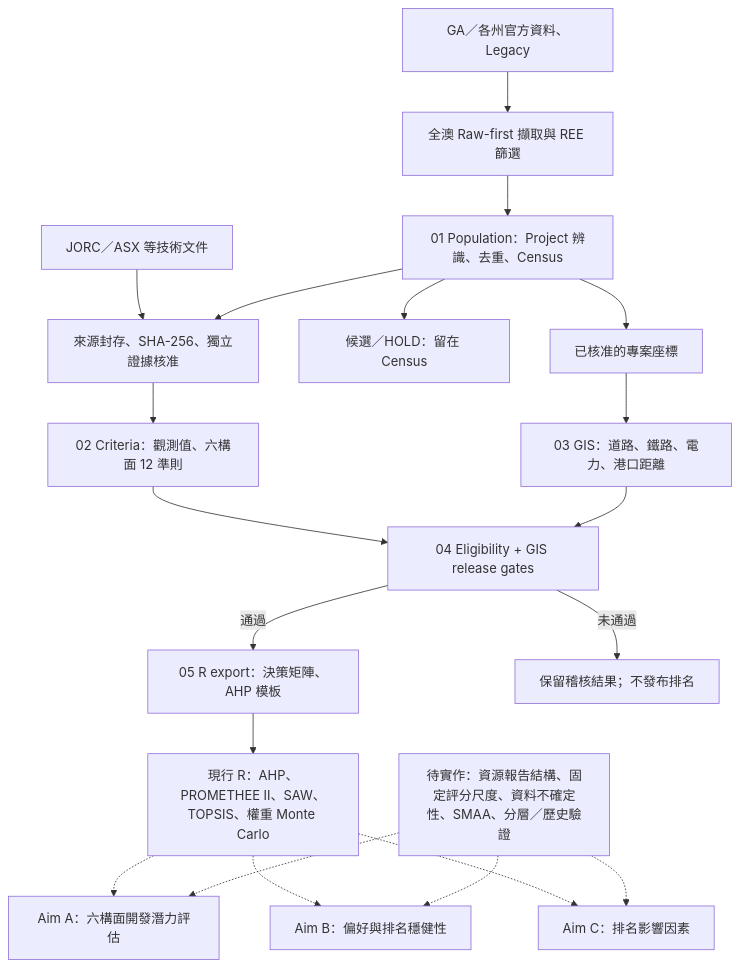
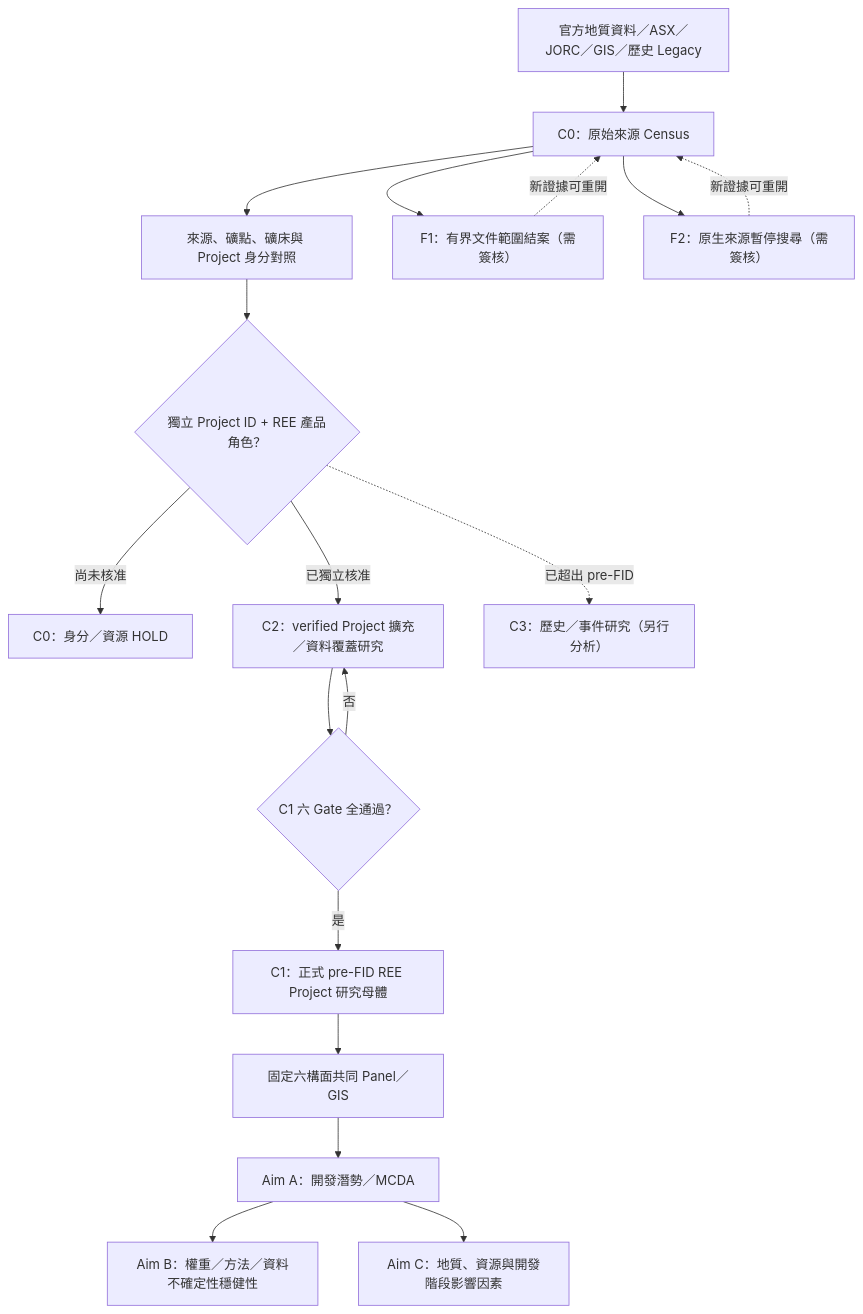
The first of 2 diagrams in README.md (lleeoo0611-stack/AU_REE), drawn with Mermaid before and after one commit. The commit also changed other lines of this file, not shown here.

Commit message:
docs: restructure README into research and executable pipeline diagrams, usage and concise status

````diff
--- a/README.md
+++ b/README.md
@@ -62,22 +23,20 @@
 ```mermaid
-flowchart TB
-    raw["GA／各州官方資料、Legacy"] --> screen["全澳 Raw-first 擷取與 REE 篩選"]
-    screen --> population["01 Population：Project 辨識、去重、Census"]
-    reports["JORC／ASX 等技術文件"] --> evidence["來源封存、SHA-256、獨立證據核准"]
-    population --> evidence
-    population --> candidates["候選／HOLD：留在 Census"]
-    evidence --> criteria["02 Criteria：觀測值、六構面 12 準則"]
-    population --> coordinates["已核准的專案座標"]
-    coordinates --> gis["03 GIS：道路、鐵路、電力、港口距離"]
-    criteria --> gate["04 Eligibility + GIS release gates"]
-    gis --> gate
-    gate -->|通過| export["05 R export：決策矩陣、AHP 模板"]
-    gate -->|未通過| blocked["保留稽核結果；不發布排名"]
-    export --> methods["現行 R：AHP、PROMETHEE II、SAW、TOPSIS、權重 Monte Carlo"]
-    methods -.-> aimA["Aim A：六構面開發潛力評估"]
-    methods -.-> aimB["Aim B：偏好與排名穩健性"]
-    methods -.-> aimC["Aim C：排名影響因素"]
-    extensions["待實作：資源報告結構、固定評分尺度、資料不確定性、SMAA、分層／歷史驗證"] -.-> aimA
-    extensions -.-> aimB
-    extensions -.-> aimC
+flowchart TD
+    A["官方地質資料／ASX／JORC／GIS／歷史 Legacy"] --> B["C0：原始來源 Census"]
+    B --> C["來源、礦點、礦床與 Project 身分對照"]
+    B --> F1["F1：有界文件範圍結案（需簽核）"]
+    B --> F2["F2：原生來源暫停搜尋（需簽核）"]
+    F1 -. "新證據可重開" .-> B
+    F2 -. "新證據可重開" .-> B
+    C --> D{"獨立 Project ID + REE 產品角色？"}
+    D -- "尚未核准" --> H["C0：身分／資源 HOLD"]
+    D -- "已獨立核准" --> C2["C2：verified Project 擴充／資料覆蓋研究"]
+    C2 --> E{"C1 六 Gate 全通過？"}
+    E -- "否" --> C2
+    E -- "是" --> C1["C1：正式 pre-FID REE Project 研究母體"]
+    C1 --> P["固定六構面共同 Panel／GIS"]
+    P --> MA["Aim A：開發潛勢／MCDA"]
+    MA --> MB["Aim B：權重／方法／資料不確定性穩健性"]
+    MA --> MC["Aim C：地質、資源與開發階段影響因素"]
+    D -. "已超出 pre-FID" .-> C3["C3：歷史／事件研究（另行分析）"]
 ```
````
